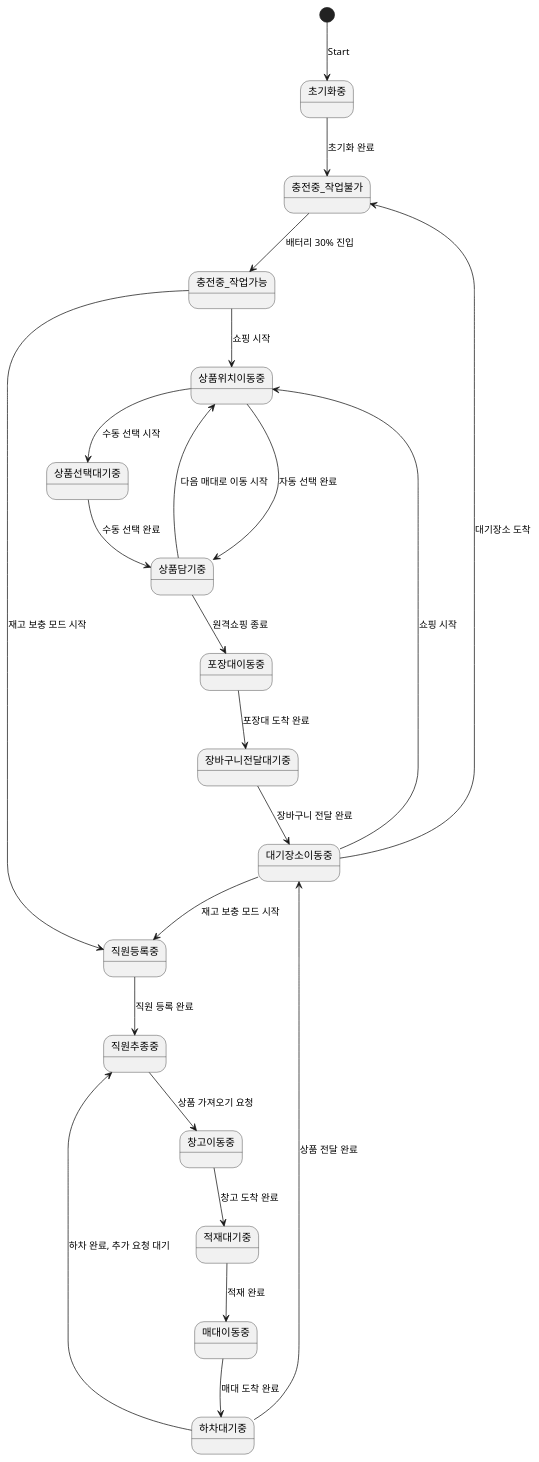
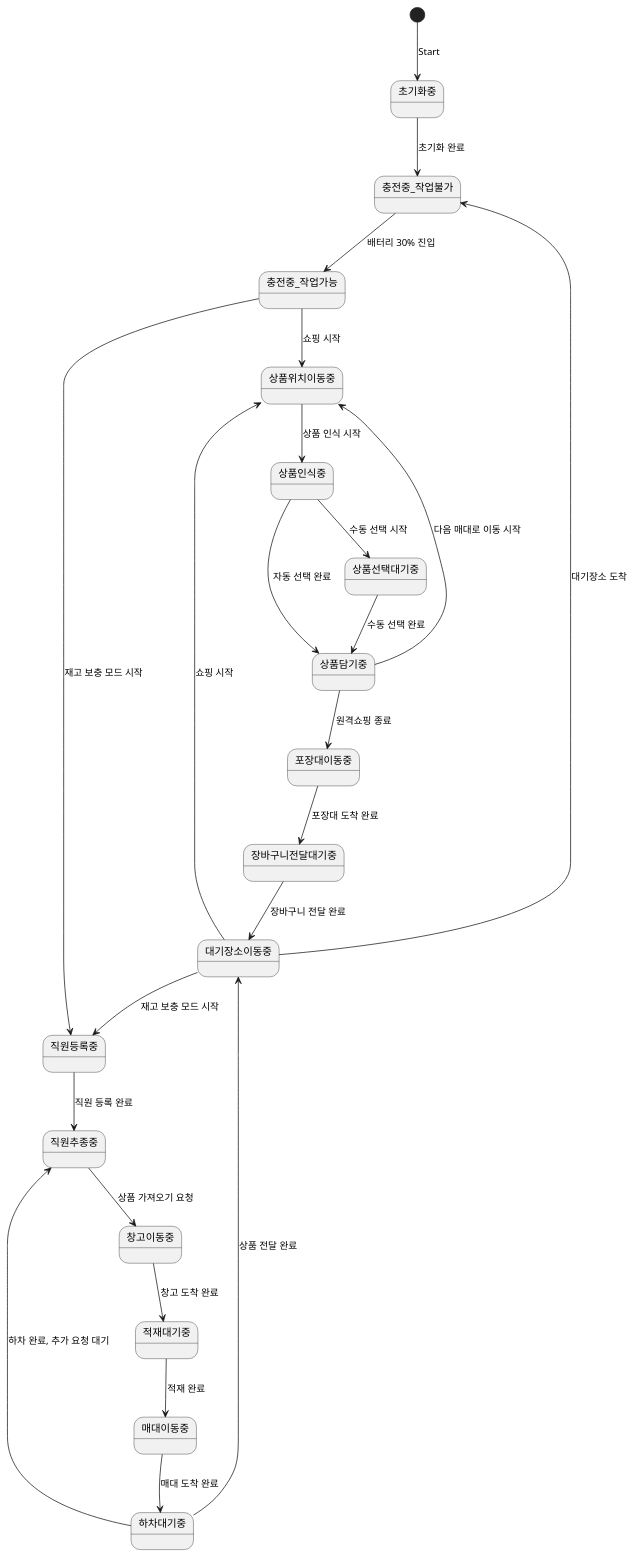
Before and after one commit to addinedu-roscamp-7th/roscamp-repo-1: the diagram in docs/StateDiagram/StateDiagram_Pickee.md, drawn with PlantUML. The commit also changed 1 other file, not shown here.

```diff
--- a/docs/StateDiagram/StateDiagram_Pickee.md
+++ b/docs/StateDiagram/StateDiagram_Pickee.md
@@ -1,31 +1,32 @@
 @startuml
 [*] --> 초기화중 : Start
 
 state 초기화중 {
 }
 초기화중 --> 충전중_작업불가 : 초기화 완료
 충전중_작업불가 --> 충전중_작업가능 : 배터리 30% 진입
 충전중_작업가능 --> 상품위치이동중 : 쇼핑 시작
 충전중_작업가능 --> 직원등록중 : 재고 보충 모드 시작
 
-상품위치이동중 --> 상품담기중 : 자동 선택 완료
-상품위치이동중 --> 상품선택대기중 : 수동 선택 시작
+상품위치이동중 --> 상품인식중 : 상품 인식 시작
+상품인식중 --> 상품담기중 : 자동 선택 완료
+상품인식중 --> 상품선택대기중 : 수동 선택 시작
 상품선택대기중 --> 상품담기중 : 수동 선택 완료
 상품담기중 --> 포장대이동중 : 원격쇼핑 종료
 상품담기중 --> 상품위치이동중 : 다음 매대로 이동 시작
 
 포장대이동중 --> 장바구니전달대기중 : 포장대 도착 완료
 장바구니전달대기중 --> 대기장소이동중 : 장바구니 전달 완료
 대기장소이동중 --> 충전중_작업불가 : 대기장소 도착
 대기장소이동중 --> 직원등록중 : 재고 보충 모드 시작
 대기장소이동중 --> 상품위치이동중 : 쇼핑 시작
 
 직원등록중 --> 직원추종중 : 직원 등록 완료
 직원추종중 --> 창고이동중 : 상품 가져오기 요청
 창고이동중 --> 적재대기중 : 창고 도착 완료
 적재대기중 --> 매대이동중 : 적재 완료
 매대이동중 --> 하차대기중 : 매대 도착 완료
 하차대기중 --> 직원추종중 : 하차 완료, 추가 요청 대기
 하차대기중 --> 대기장소이동중 : 상품 전달 완료
 
 @enduml
```
